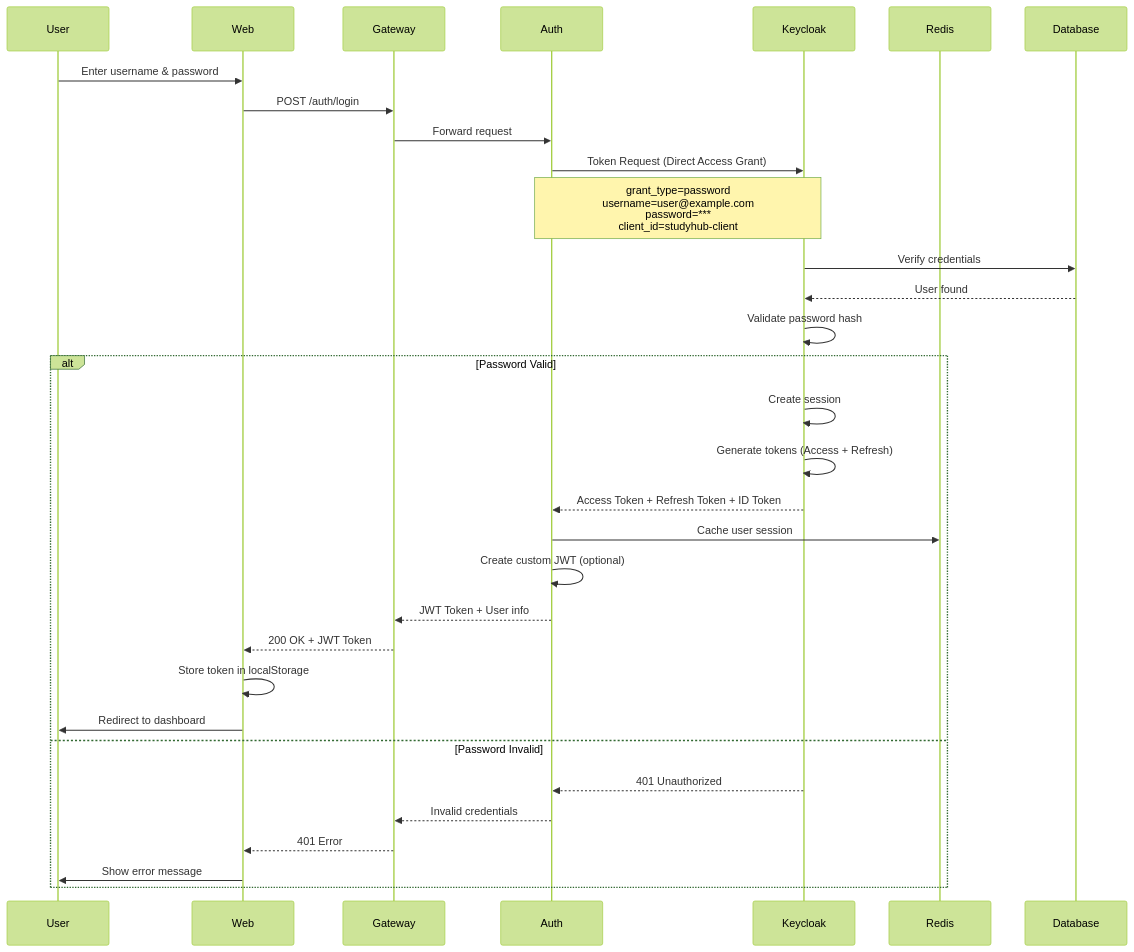
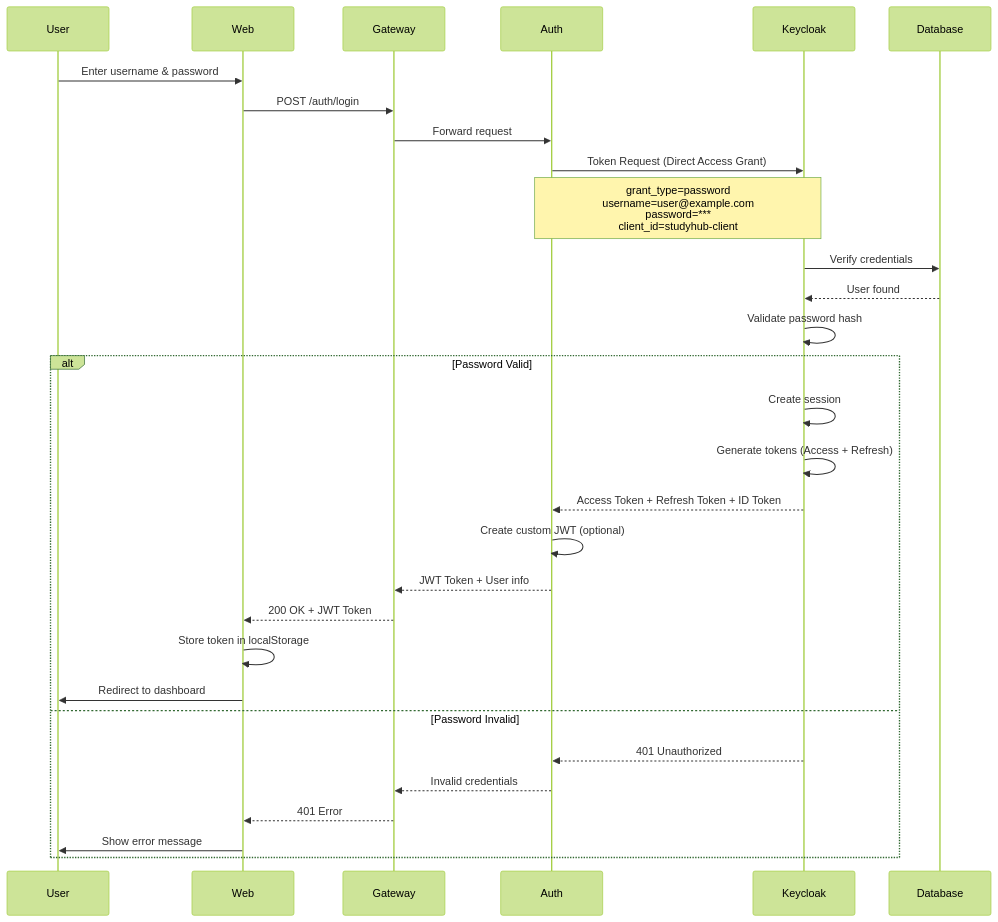
One commit to gnuhhung317/project3-reports changed the fourth of 6 diagrams in week1/keycloak.md. Above: the diagram before and after it, drawn with Mermaid (forest theme). The commit also changed other lines of this file, not shown here.

````diff
--- a/week1/keycloak.md
+++ b/week1/keycloak.md
@@ -159,39 +159,37 @@
 ```mermaid
 sequenceDiagram
     participant User
     participant Web
     participant Gateway
     participant Auth
     participant Keycloak
-    participant Redis
     participant Database
     
     User->>Web: Enter username & password
     Web->>Gateway: POST /auth/login
     Gateway->>Auth: Forward request
     
     Auth->>Keycloak: Token Request (Direct Access Grant)
     Note over Auth,Keycloak: grant_type=password<br/>username=user@example.com<br/>password=***<br/>client_id=studyhub-client
     
     Keycloak->>Database: Verify credentials
     Database-->>Keycloak: User found
     Keycloak->>Keycloak: Validate password hash
     
     alt Password Valid
         Keycloak->>Keycloak: Create session
         Keycloak->>Keycloak: Generate tokens (Access + Refresh)
         Keycloak-->>Auth: Access Token + Refresh Token + ID Token
         
-        Auth->>Redis: Cache user session
         Auth->>Auth: Create custom JWT (optional)
         Auth-->>Gateway: JWT Token + User info
         Gateway-->>Web: 200 OK + JWT Token
         Web->>Web: Store token in localStorage
         Web->>User: Redirect to dashboard
     else Password Invalid
         Keycloak-->>Auth: 401 Unauthorized
         Auth-->>Gateway: Invalid credentials
         Gateway-->>Web: 401 Error
         Web->>User: Show error message
     end
 ```
````
